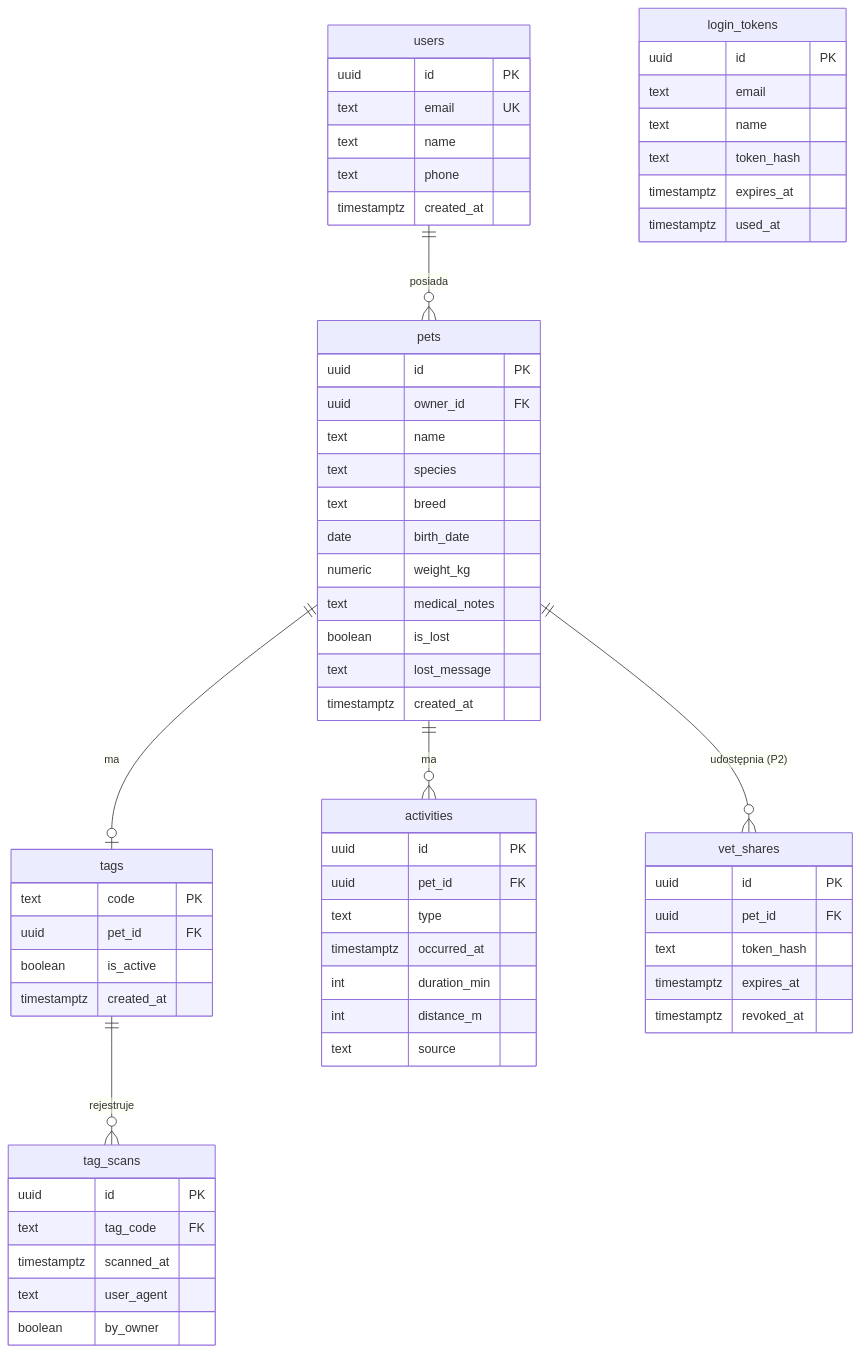
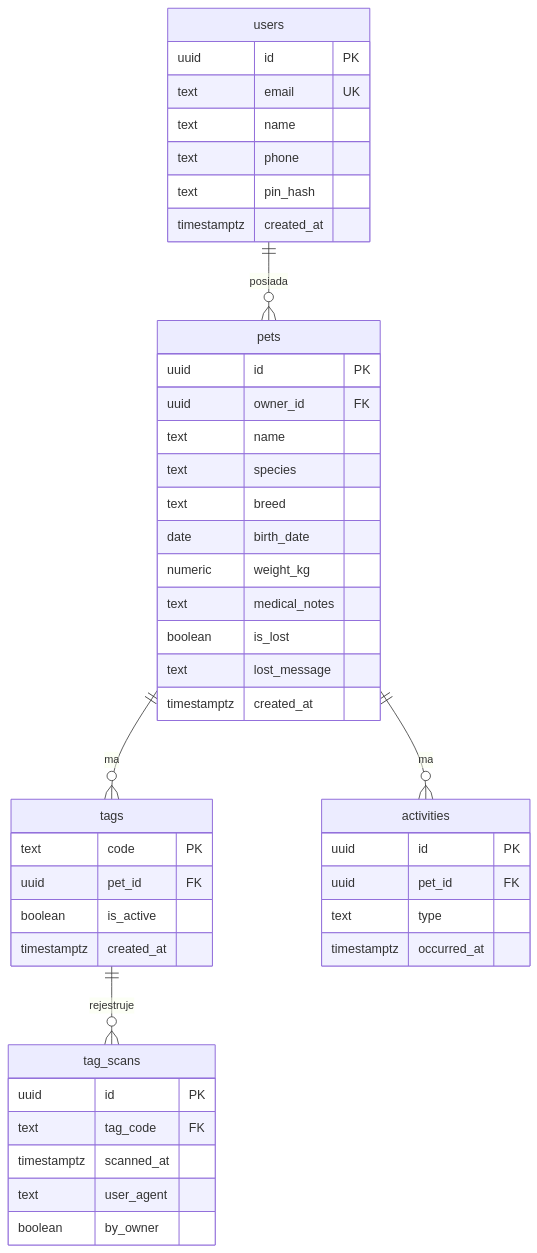
The second of 5 diagrams in plan/04-architektura.md (FullC0ntrol/petracer), drawn with Mermaid before and after one commit. The commit also changed other lines of this file and 97 other files, not shown here.

````diff
--- a/plan/04-architektura.md
+++ b/plan/04-architektura.md
@@ -64,66 +71,48 @@
 ```mermaid
 erDiagram
   users ||--o{ pets : "posiada"
-  pets ||--o| tags : "ma"
+  pets ||--o{ tags : "ma"
   tags ||--o{ tag_scans : "rejestruje"
   pets ||--o{ activities : "ma"
-  pets ||--o{ vet_shares : "udostępnia (P2)"
 
   users {
     uuid id PK
     text email UK
     text name
     text phone
+    text pin_hash
     timestamptz created_at
-  }
-  login_tokens {
-    uuid id PK
-    text email
-    text name
-    text token_hash
-    timestamptz expires_at
-    timestamptz used_at
   }
   pets {
     uuid id PK
     uuid owner_id FK
     text name
     text species
     text breed
     date birth_date
     numeric weight_kg
     text medical_notes
     boolean is_lost
     text lost_message
     timestamptz created_at
   }
   tags {
     text code PK
     uuid pet_id FK
     boolean is_active
     timestamptz created_at
   }
   tag_scans {
     uuid id PK
     text tag_code FK
     timestamptz scanned_at
     text user_agent
     boolean by_owner
   }
   activities {
     uuid id PK
     uuid pet_id FK
     text type
     timestamptz occurred_at
-    int duration_min
-    int distance_m
-    text source
-  }
-  vet_shares {
-    uuid id PK
-    uuid pet_id FK
-    text token_hash
-    timestamptz expires_at
-    timestamptz revoked_at
   }
 ```
````
